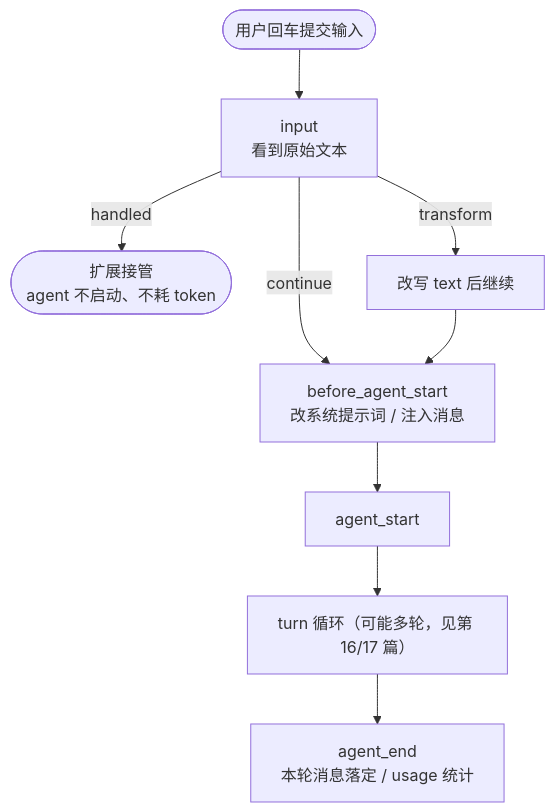
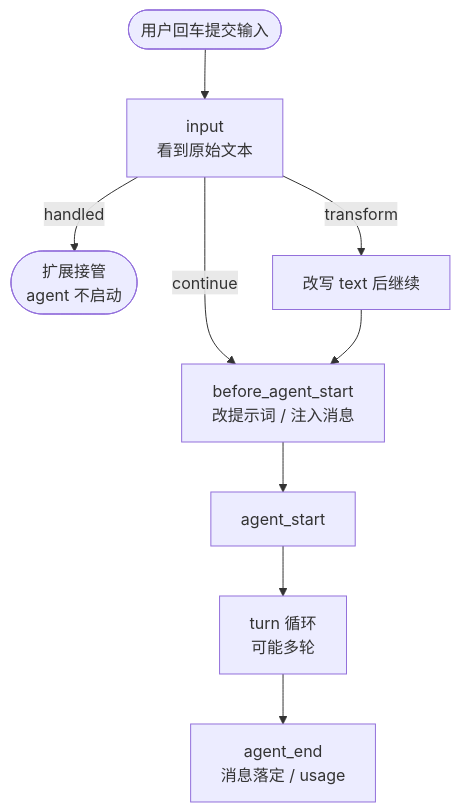
One commit to kunge2013/kunge2013.github.io changed the diagram in docs/posts/pi-agent/15-hellopi-input-agent.md. Above: the diagram before and after it, drawn with Mermaid. The commit also changed 9 other files, not shown here.

First line of the commit message:
fix: 修复 mermaid 流程图中文标签溢出裁切

````diff
--- a/docs/posts/pi-agent/15-hellopi-input-agent.md
+++ b/docs/posts/pi-agent/15-hellopi-input-agent.md
@@ -17,11 +17,11 @@
 ```mermaid
 flowchart TD
     U(["用户回车提交输入"]) --> IN["input<br/>看到原始文本"]
-    IN -->|"handled"| H(["扩展接管<br/>agent 不启动、不耗 token"])
+    IN -->|"handled"| H(["扩展接管<br/>agent 不启动"])
     IN -->|"transform"| TF["改写 text 后继续"]
-    IN -->|"continue"| BAS["before_agent_start<br/>改系统提示词 / 注入消息"]
+    IN -->|"continue"| BAS["before_agent_start<br/>改提示词 / 注入消息"]
     TF --> BAS
     BAS --> AS["agent_start"]
-    AS --> LOOP["turn 循环（可能多轮，见第 16/17 篇）"]
-    LOOP --> AE["agent_end<br/>本轮消息落定 / usage 统计"]
+    AS --> LOOP["turn 循环<br/>可能多轮"]
+    LOOP --> AE["agent_end<br/>消息落定 / usage"]
 ```
````
